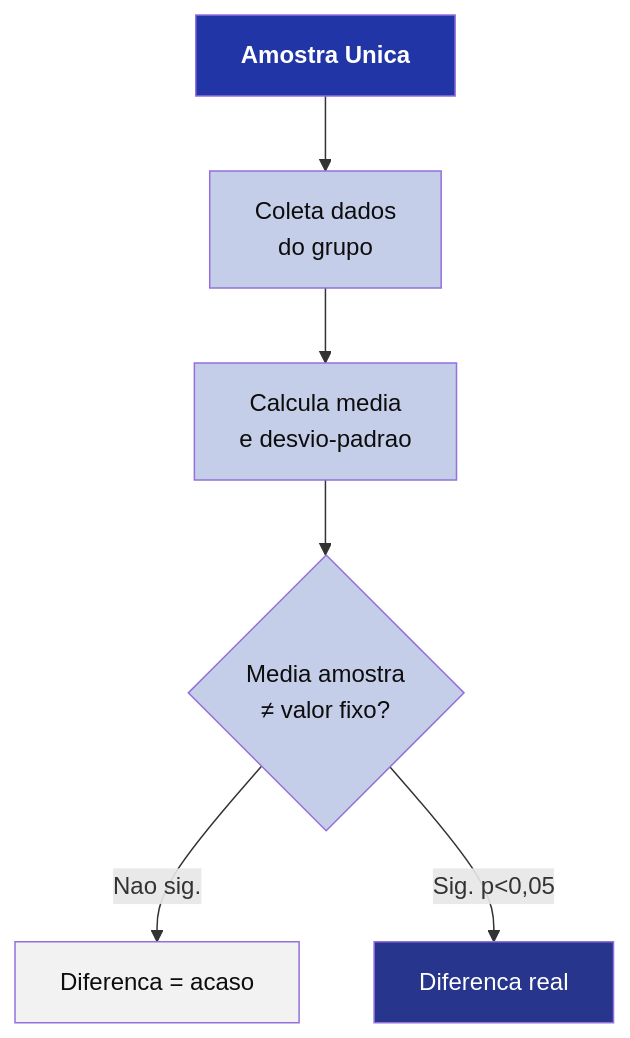
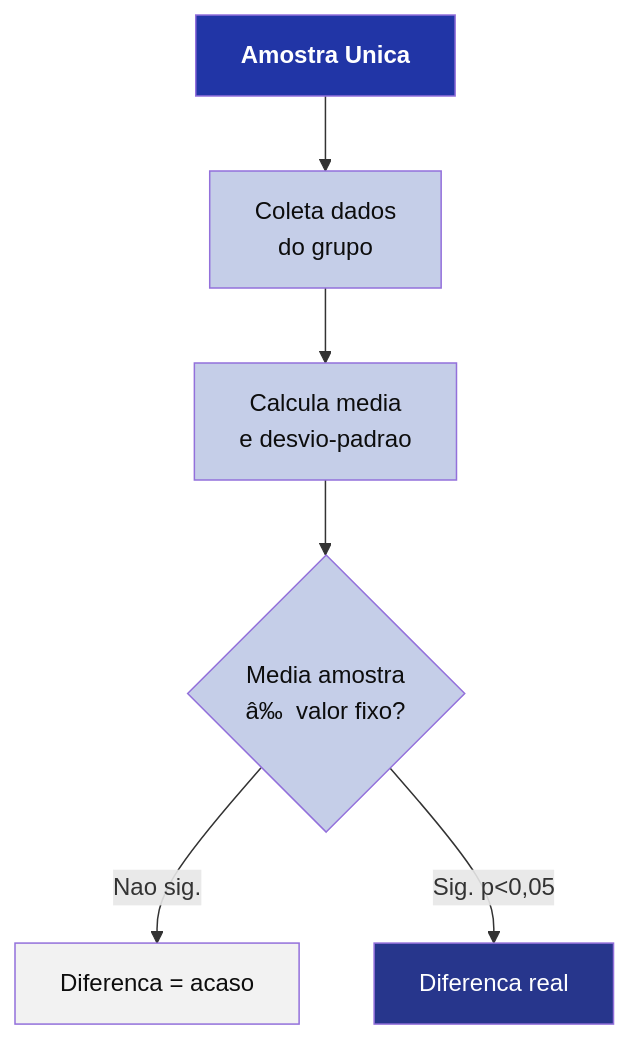
Before and after one commit to ldvsantos/cv: the first of 2 diagrams in aulas/analise_dados_ambientais/aulas/08_teste_t/teste_t.qmd, drawn with Mermaid. The commit also changed other lines of this file and 245 other files, not shown here.

````diff
--- a/aulas/analise_dados_ambientais/aulas/08_teste_t/teste_t.qmd
+++ b/aulas/analise_dados_ambientais/aulas/08_teste_t/teste_t.qmd
@@ -162,16 +162,16 @@
 ```{mermaid}
 %%| fig-width: 5
 flowchart TD
     A["<b style='color:#fff; font-weight:bold'>Amostra Unica</b>"] --> B["Coleta dados\n do grupo"]
     B --> C["Calcula media\n e desvio-padrao"]
-    C --> D{"Media amostra\n ≠ valor fixo?"}
+    C --> D{"Media amostra\n â‰  valor fixo?"}
     D -- "Nao sig." --> E["Diferenca = acaso"]
     D -- "Sig. p<0,05" --> F["Diferenca real"]
 
     style A fill:#2135A6,color:#fff,font-weight:bold
     style D fill:#C5CEE8,color:#0D0D0D
     style E fill:#F2F2F2,color:#0D0D0D
     style F fill:#27368C,color:#fff
     style B fill:#C5CEE8,color:#0D0D0D
     style C fill:#C5CEE8,color:#0D0D0D
 ```
````
